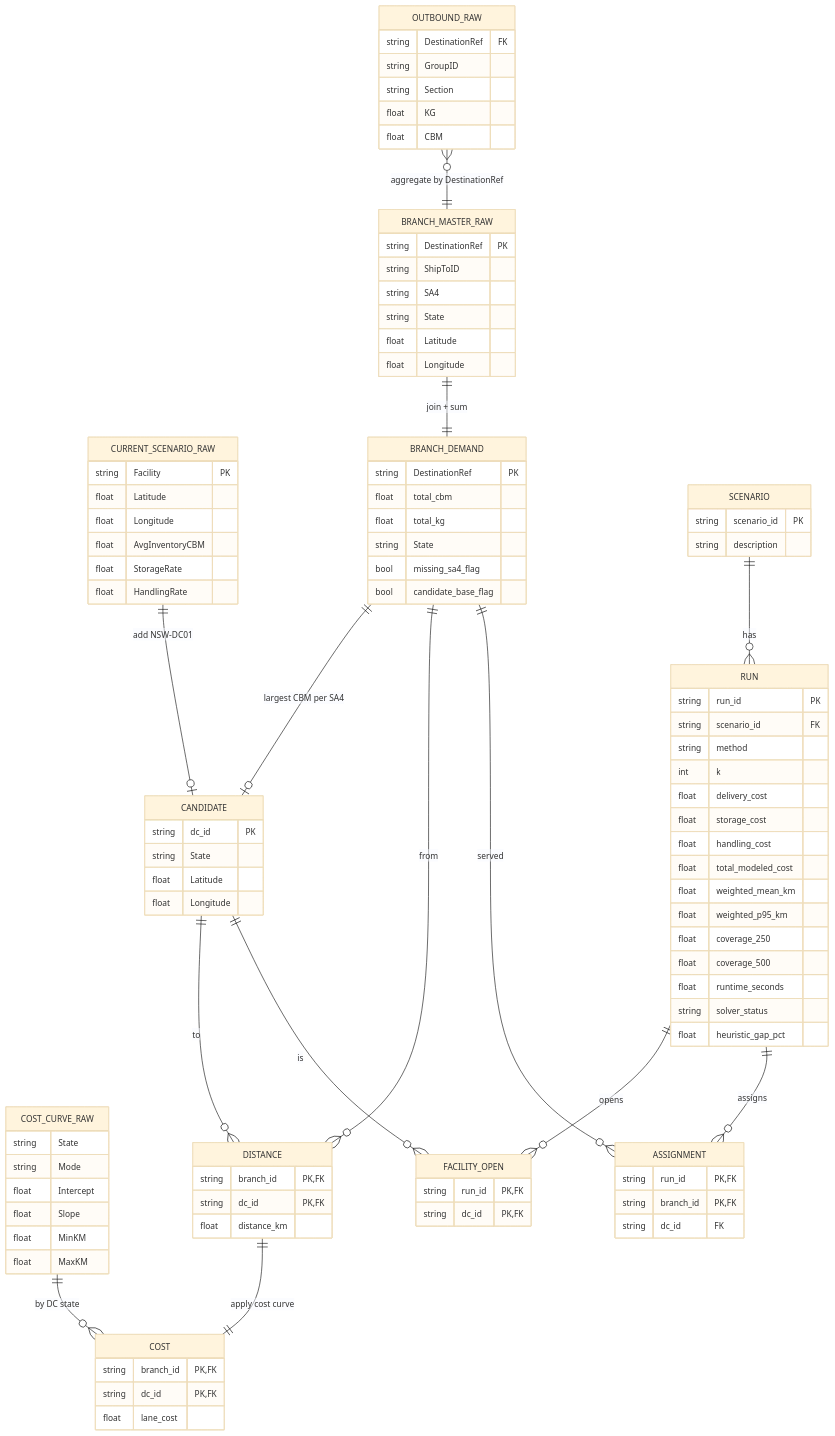
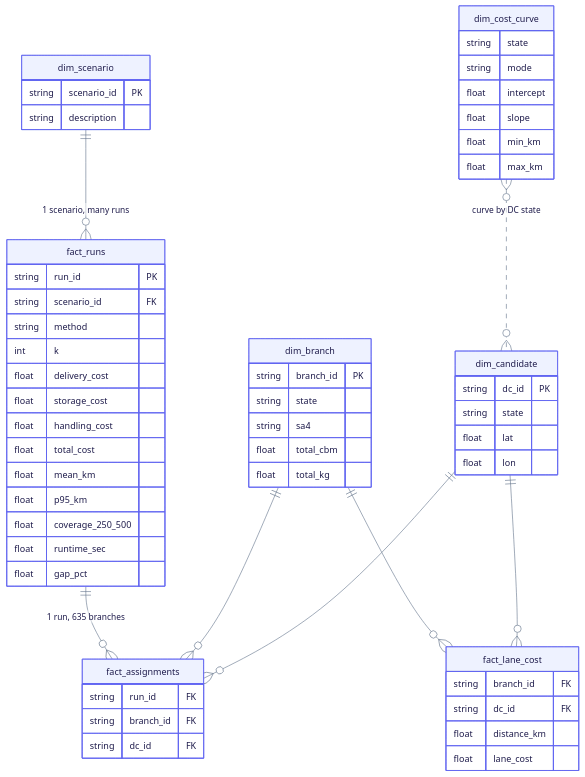
One commit to Thora-truong/Research-K25-Team-2- changed the first of 2 diagrams in README.md. Above: the diagram before and after it, drawn with Mermaid.

````diff
--- a/README.md
+++ b/README.md
@@ -5,69 +5,39 @@
 ```mermaid
-%%{init: {"theme": "base", "themeVariables": {"fontFamily": "Inter, Segoe UI, Arial, sans-serif", "fontSize": "14px"}}}%%
+%%{init: {"theme": "base", "themeVariables": {
+  "fontFamily": "Inter, Segoe UI, Arial, sans-serif",
+  "fontSize": "15px",
+  "primaryColor": "#eef2ff",
+  "primaryBorderColor": "#6366f1",
+  "primaryTextColor": "#1e1b4b",
+  "lineColor": "#64748b"
+}}}%%
 erDiagram
-    OUTBOUND_RAW {
-        string DestinationRef FK
-        string GroupID
-        string Section
-        float  KG
-        float  CBM
-    }
-    BRANCH_MASTER_RAW {
-        string DestinationRef PK
-        string ShipToID
-        string SA4
-        string State
-        float  Latitude
-        float  Longitude
-    }
-    COST_CURVE_RAW {
-        string State
-        string Mode
-        float  Intercept
-        float  Slope
-        float  MinKM
-        float  MaxKM
-    }
-    CURRENT_SCENARIO_RAW {
-        string Facility PK
-        float  Latitude
-        float  Longitude
-        float  AvgInventoryCBM
-        float  StorageRate
-        float  HandlingRate
-    }
-
-    BRANCH_DEMAND {
-        string DestinationRef PK
-        float  total_cbm
-        float  total_kg
-        string State
-        bool   missing_sa4_flag
-        bool   candidate_base_flag
-    }
-    CANDIDATE {
-        string dc_id PK
-        string State
-        float  Latitude
-        float  Longitude
-    }
-
-    DISTANCE {
-        string branch_id PK, FK
-        string dc_id PK, FK
-        float  distance_km
-    }
-    COST {
-        string branch_id PK, FK
-        string dc_id PK, FK
-        float  lane_cost
-    }
-    SCENARIO {
+    dim_scenario {
         string scenario_id PK
         string description
     }
-
-    RUN {
+    dim_branch {
+        string branch_id PK
+        string state
+        string sa4
+        float  total_cbm
+        float  total_kg
+    }
+    dim_candidate {
+        string dc_id PK
+        string state
+        float  lat
+        float  lon
+    }
+    dim_cost_curve {
+        string state
+        string mode
+        float  intercept
+        float  slope
+        float  min_km
+        float  max_km
+    }
+    fact_runs {
         string run_id PK
         string scenario_id FK
         string method
@@ -75,36 +45,30 @@
         float  delivery_cost
         float  storage_cost
         float  handling_cost
-        float  total_modeled_cost
-        float  weighted_mean_km
-        float  weighted_p95_km
-        float  coverage_250
-        float  coverage_500
-        float  runtime_seconds
-        string solver_status
-        float  heuristic_gap_pct
+        float  total_cost
+        float  mean_km
+        float  p95_km
+        float  coverage_250_500
+        float  runtime_sec
+        float  gap_pct
     }
-    FACILITY_OPEN {
-        string run_id PK, FK
-        string dc_id PK, FK
-    }
-    ASSIGNMENT {
-        string run_id PK, FK
-        string branch_id PK, FK
+    fact_assignments {
+        string run_id FK
+        string branch_id FK
         string dc_id FK
     }
+    fact_lane_cost {
+        string branch_id FK
+        string dc_id FK
+        float  distance_km
+        float  lane_cost
+    }
 
-    OUTBOUND_RAW }o--|| BRANCH_MASTER_RAW : "aggregate by DestinationRef"
-    BRANCH_MASTER_RAW ||--|| BRANCH_DEMAND : "join + sum"
-    BRANCH_DEMAND ||--o| CANDIDATE : "largest CBM per SA4"
-    CURRENT_SCENARIO_RAW ||--o| CANDIDATE : "add NSW-DC01"
-    BRANCH_DEMAND ||--o{ DISTANCE : "from"
-    CANDIDATE ||--o{ DISTANCE : "to"
-    DISTANCE ||--|| COST : "apply cost curve"
-    COST_CURVE_RAW ||--o{ COST : "by DC state"
-    SCENARIO ||--o{ RUN : "has"
-    RUN ||--o{ FACILITY_OPEN : "opens"
-    RUN ||--o{ ASSIGNMENT : "assigns"
-    CANDIDATE ||--o{ FACILITY_OPEN : "is"
-    BRANCH_DEMAND ||--o{ ASSIGNMENT : "served"
+    dim_scenario  ||--o{ fact_runs        : "1 scenario, many runs"
+    fact_runs     ||--o{ fact_assignments : "1 run, 635 branches"
+    dim_branch    ||--o{ fact_assignments : ""
+    dim_candidate ||--o{ fact_assignments : ""
+    dim_branch    ||--o{ fact_lane_cost   : ""
+    dim_candidate ||--o{ fact_lane_cost   : ""
+    dim_cost_curve }o..o{ dim_candidate   : "curve by DC state"
 ```
````
